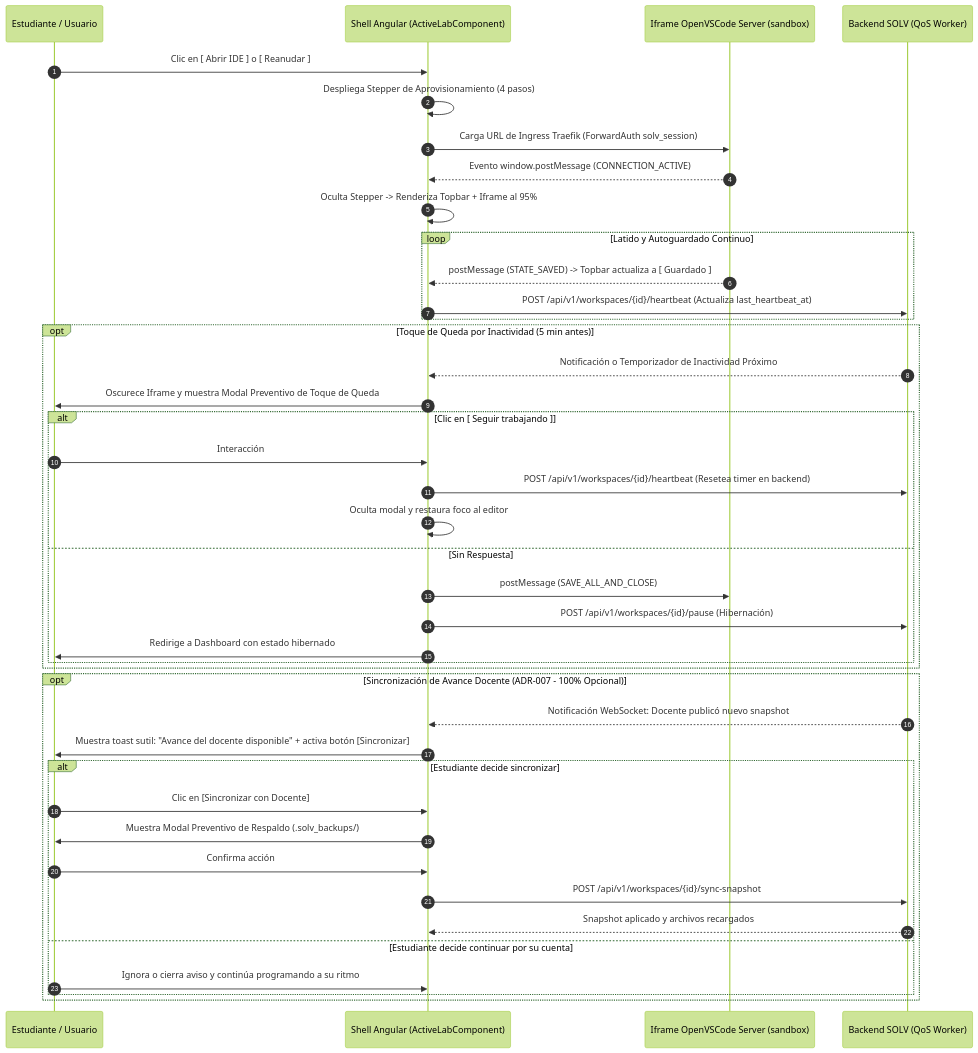
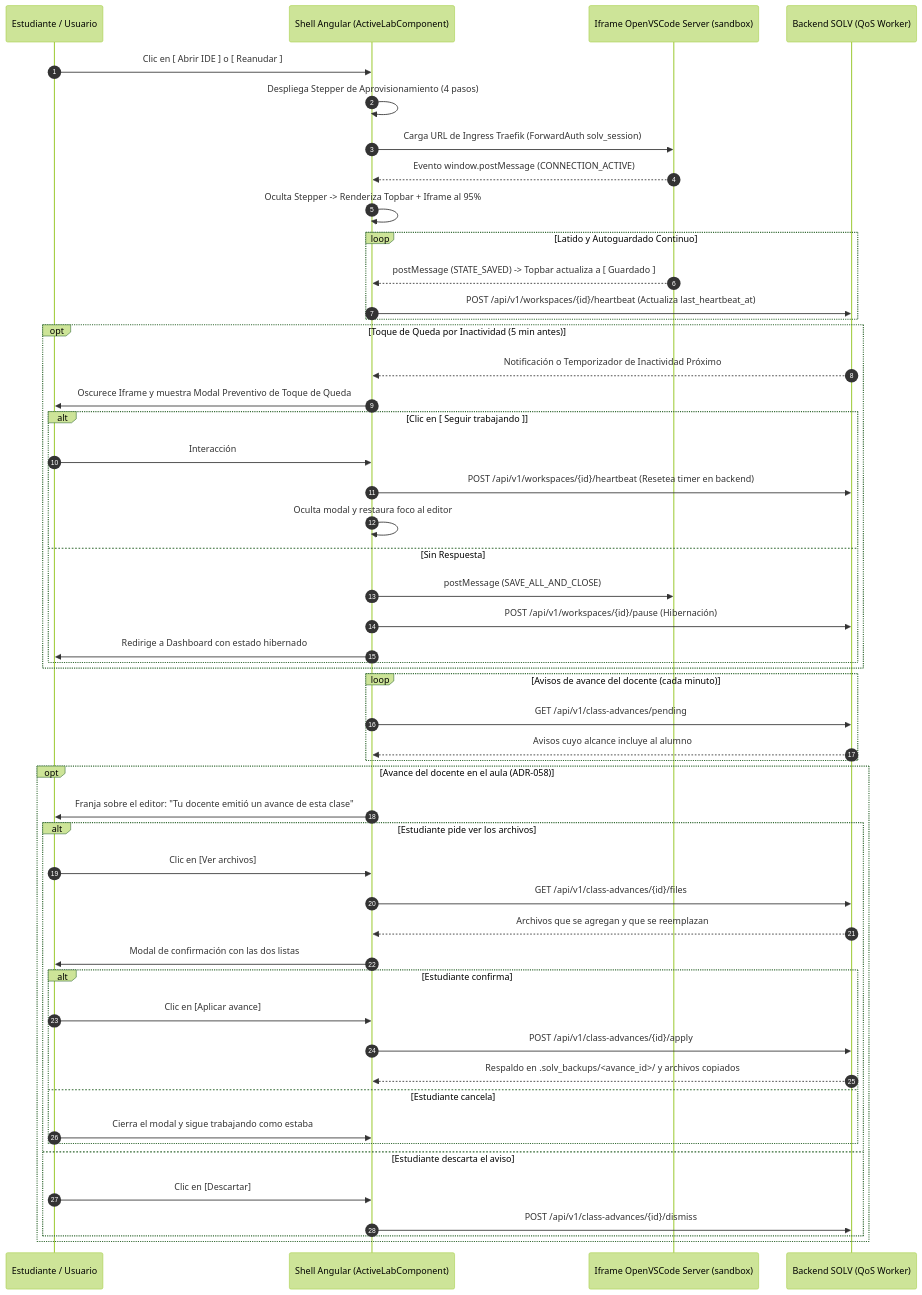
Before and after one commit to AlvaroRiveraCarhuani/SOLV_PG: the diagram in docs/UI/ESTUDIANTE/LABORATORIO_ACTIVO.md, drawn with Mermaid (forest theme). The commit also changed other lines of this file and 16 other files, not shown here.

````diff
--- a/docs/UI/ESTUDIANTE/LABORATORIO_ACTIVO.md
+++ b/docs/UI/ESTUDIANTE/LABORATORIO_ACTIVO.md
@@ -22,47 +22,58 @@
 ```mermaid
 sequenceDiagram
     autonumber
     participant U as Estudiante / Usuario
     participant S as Shell Angular (ActiveLabComponent)
     participant I as Iframe OpenVSCode Server (sandbox)
     participant B as Backend SOLV (QoS Worker)
 
     U->>S: Clic en [ Abrir IDE ] o [ Reanudar ]
     S->>S: Despliega Stepper de Aprovisionamiento (4 pasos)
     S->>I: Carga URL de Ingress Traefik (ForwardAuth solv_session)
     I-->>S: Evento window.postMessage (CONNECTION_ACTIVE)
     S->>S: Oculta Stepper -> Renderiza Topbar + Iframe al 95%
     
     loop Latido y Autoguardado Continuo
         I-->>S: postMessage (STATE_SAVED) -> Topbar actualiza a [ Guardado ]
         S->>B: POST /api/v1/workspaces/{id}/heartbeat (Actualiza last_heartbeat_at)
     end
 
     opt Toque de Queda por Inactividad (5 min antes)
         B-->>S: Notificación o Temporizador de Inactividad Próximo
         S->>U: Oscurece Iframe y muestra Modal Preventivo de Toque de Queda
         alt Clic en [ Seguir trabajando ]
             U->>S: Interacción
             S->>B: POST /api/v1/workspaces/{id}/heartbeat (Resetea timer en backend)
             S->>S: Oculta modal y restaura foco al editor
         else Sin Respuesta
             S->>I: postMessage (SAVE_ALL_AND_CLOSE)
             S->>B: POST /api/v1/workspaces/{id}/pause (Hibernación)
             S->>U: Redirige a Dashboard con estado hibernado
         end
     end
 
-    opt Sincronización de Avance Docente (ADR-007 - 100% Opcional)
-        B-->>S: Notificación WebSocket: Docente publicó nuevo snapshot
-        S->>U: Muestra toast sutil: "Avance del docente disponible" + activa botón [Sincronizar]
-        alt Estudiante decide sincronizar
-            U->>S: Clic en [Sincronizar con Docente]
-            S->>U: Muestra Modal Preventivo de Respaldo (.solv_backups/)
-            U->>S: Confirma acción
-            S->>B: POST /api/v1/workspaces/{id}/sync-snapshot
-            B-->>S: Snapshot aplicado y archivos recargados
-        else Estudiante decide continuar por su cuenta
-            U->>S: Ignora o cierra aviso y continúa programando a su ritmo
+    loop Avisos de avance del docente (cada minuto)
+        S->>B: GET /api/v1/class-advances/pending
+        B-->>S: Avisos cuyo alcance incluye al alumno
+    end
+
+    opt Avance del docente en el aula (ADR-058)
+        S->>U: Franja sobre el editor: "Tu docente emitió un avance de esta clase"
+        alt Estudiante pide ver los archivos
+            U->>S: Clic en [Ver archivos]
+            S->>B: GET /api/v1/class-advances/{id}/files
+            B-->>S: Archivos que se agregan y que se reemplazan
+            S->>U: Modal de confirmación con las dos listas
+            alt Estudiante confirma
+                U->>S: Clic en [Aplicar avance]
+                S->>B: POST /api/v1/class-advances/{id}/apply
+                B-->>S: Respaldo en .solv_backups/<avance_id>/ y archivos copiados
+            else Estudiante cancela
+                U->>S: Cierra el modal y sigue trabajando como estaba
+            end
+        else Estudiante descarta el aviso
+            U->>S: Clic en [Descartar]
+            S->>B: POST /api/v1/class-advances/{id}/dismiss
         end
     end
 ```
````
